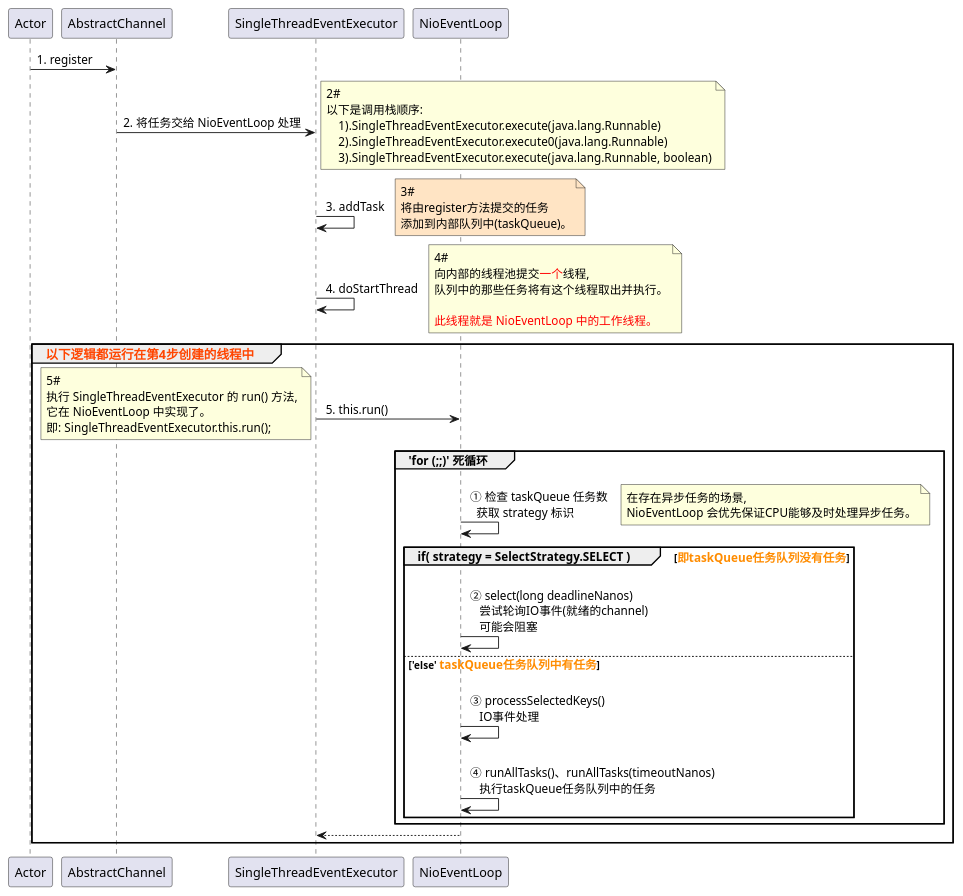
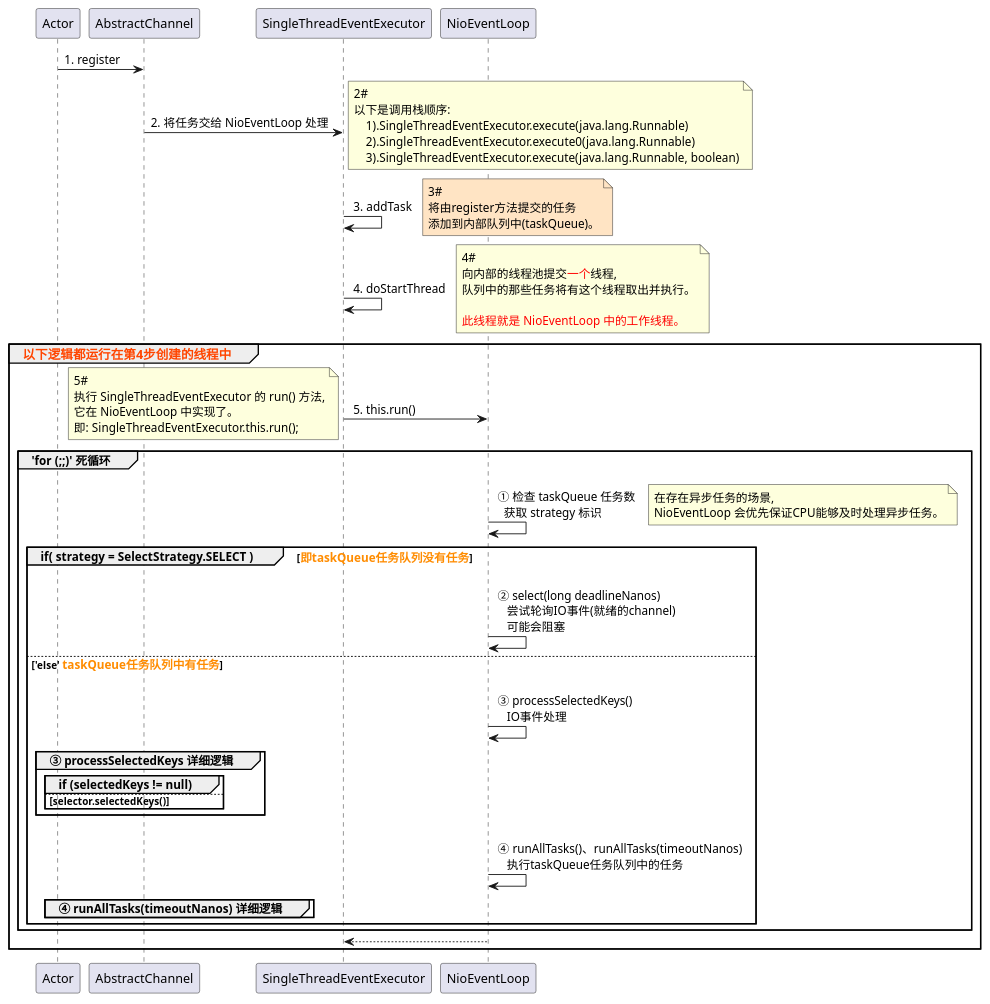
The diagram in puml/NioEventLoop#run.puml (Simba-cheng/netty), drawn with PlantUML before and after one commit.

Commit message:
refactor(code): 源码添加注释、流程图、类图

```diff
--- a/puml/NioEventLoop#run.puml
+++ b/puml/NioEventLoop#run.puml
@@ -2,60 +2,73 @@
 @startuml participant
 
 Actor -> AbstractChannel: 1. register
 
 AbstractChannel -> SingleThreadEventExecutor: 2. 将任务交给 NioEventLoop 处理
 note right
 2#
 以下是调用栈顺序:
     1).SingleThreadEventExecutor.execute(java.lang.Runnable)
     2).SingleThreadEventExecutor.execute0(java.lang.Runnable)
     3).SingleThreadEventExecutor.execute(java.lang.Runnable, boolean)
 end note
 
 SingleThreadEventExecutor -> SingleThreadEventExecutor: \n 3. addTask
 note right #FFE4C4
 3#
 将由register方法提交的任务
 添加到内部队列中(taskQueue)。
 end note
 
 SingleThreadEventExecutor -> SingleThreadEventExecutor: \n 4. doStartThread
 note right
 4#
 向内部的线程池提交<color:#FF0000>一个</color>线程,
 队列中的那些任务将有这个线程取出并执行。
 
 <color:#FF0000>此线程就是 NioEventLoop 中的工作线程。</color>
 end note
 
 group <size:14><color:#FF4500>以下逻辑都运行在第4步创建的线程中</color></size>
 
 SingleThreadEventExecutor -> NioEventLoop: \n 5. this.run()
 note left
 5#
 执行 SingleThreadEventExecutor 的 run() 方法,
 它在 NioEventLoop 中实现了。
 即: SingleThreadEventExecutor.this.run();
 end note
 
 ' ----- 分割线 -----
 group 'for (;;)' 死循环
     NioEventLoop -> NioEventLoop: \n ① 检查 taskQueue 任务数 \n   获取 strategy 标识
     note right
     在存在异步任务的场景,
     NioEventLoop 会优先保证CPU能够及时处理异步任务。
     end note
 
     group if( strategy = SelectStrategy.SELECT ) [<size:13><color:#FF8C00>即taskQueue任务队列没有任务</color></size>]
         NioEventLoop -> NioEventLoop: \n ② select(long deadlineNanos) \n    尝试轮询IO事件(就绪的channel) \n    可能会阻塞
     else 'else' <size:13><color:#FF8C00>taskQueue任务队列中有任务</color></size>
+
         NioEventLoop -> NioEventLoop: \n ③ processSelectedKeys() \n    IO事件处理
+        group ③ processSelectedKeys 详细逻辑
+
+            group if (selectedKeys != null)
+
+            else selector.selectedKeys()
+
+            end
+
+        end
+
         NioEventLoop -> NioEventLoop: \n ④ runAllTasks()、runAllTasks(timeoutNanos) \n    执行taskQueue任务队列中的任务
+        group ④ runAllTasks(timeoutNanos) 详细逻辑
+        end
     end
 end
 ' ----- 分割线 -----
 
 
 SingleThreadEventExecutor <-- NioEventLoop
 end
 @enduml
```
